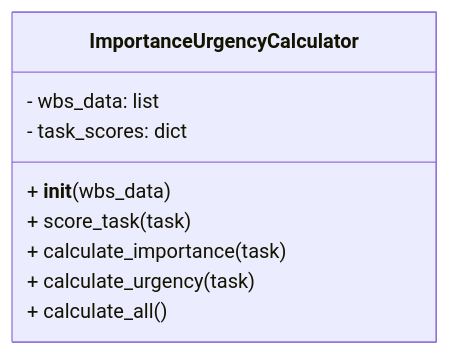
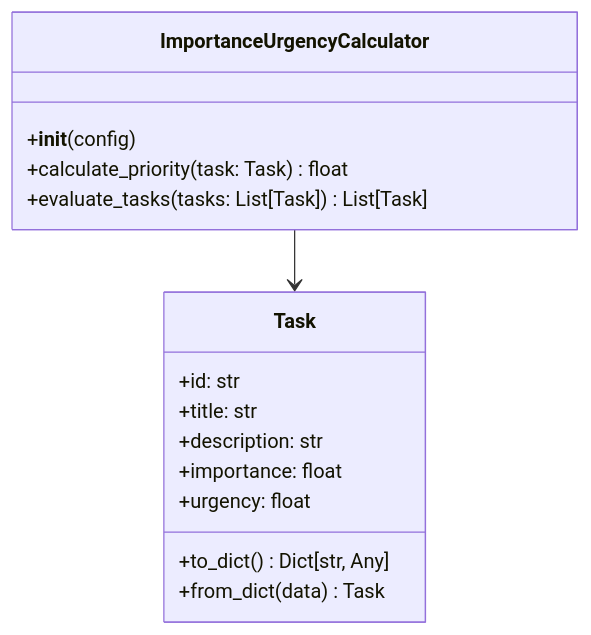
The second of 3 diagrams in Docs/ModuleDocs/main_modules_doc/importance_urgency_calculator.md (Shakour-Data/AutoProjectManagement), drawn with Mermaid before and after one commit. The commit also changed other lines of this file, not shown here.

````diff
--- a/Docs/ModuleDocs/main_modules_doc/importance_urgency_calculator.md
+++ b/Docs/ModuleDocs/main_modules_doc/importance_urgency_calculator.md
@@ -59,12 +45,20 @@
 ```mermaid
 classDiagram
+    class Task {
+        +id: str
+        +title: str
+        +description: str
+        +importance: float
+        +urgency: float
+        +to_dict() Dict[str, Any]
+        +from_dict(data) Task
+    }
+    
     class ImportanceUrgencyCalculator {
-        - wbs_data: list
-        - task_scores: dict
-        + __init__(wbs_data)
-        + score_task(task)
-        + calculate_importance(task)
-        + calculate_urgency(task)
-        + calculate_all()
+        +__init__(config)
+        +calculate_priority(task: Task) float
+        +evaluate_tasks(tasks: List[Task]) List[Task]
     }
+    
+    ImportanceUrgencyCalculator --> Task
 ```
````
